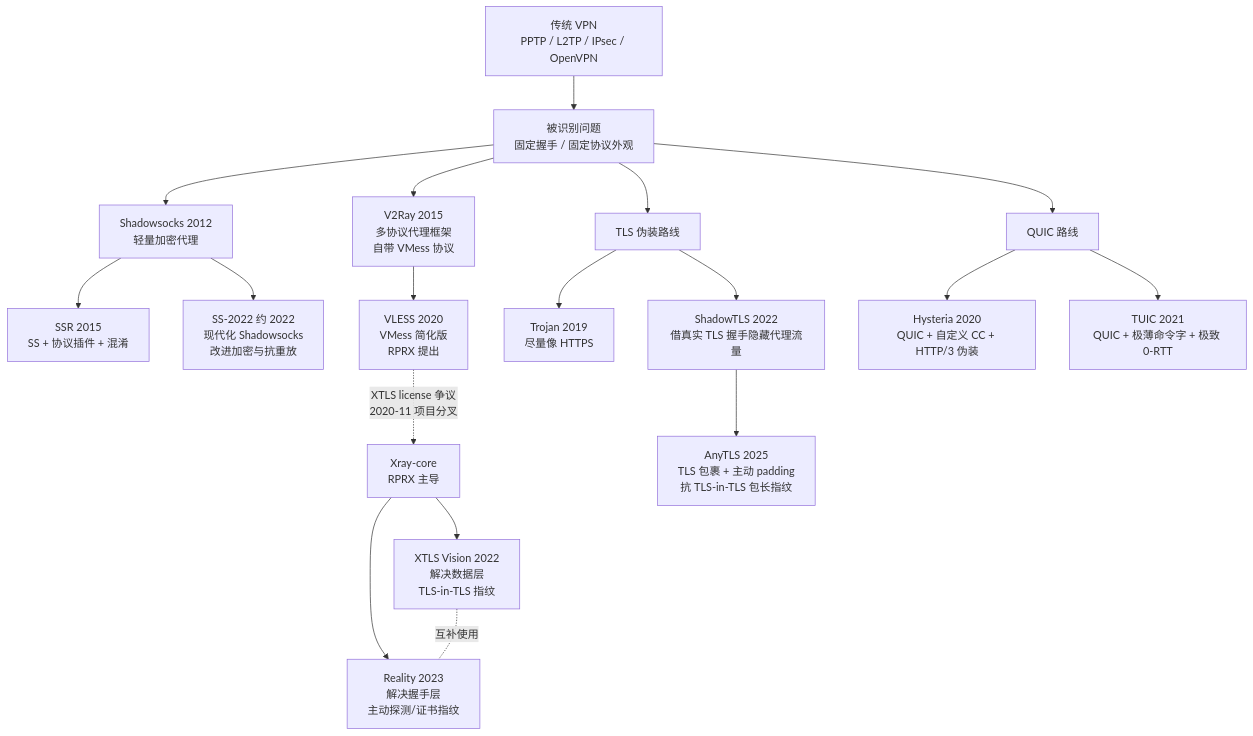
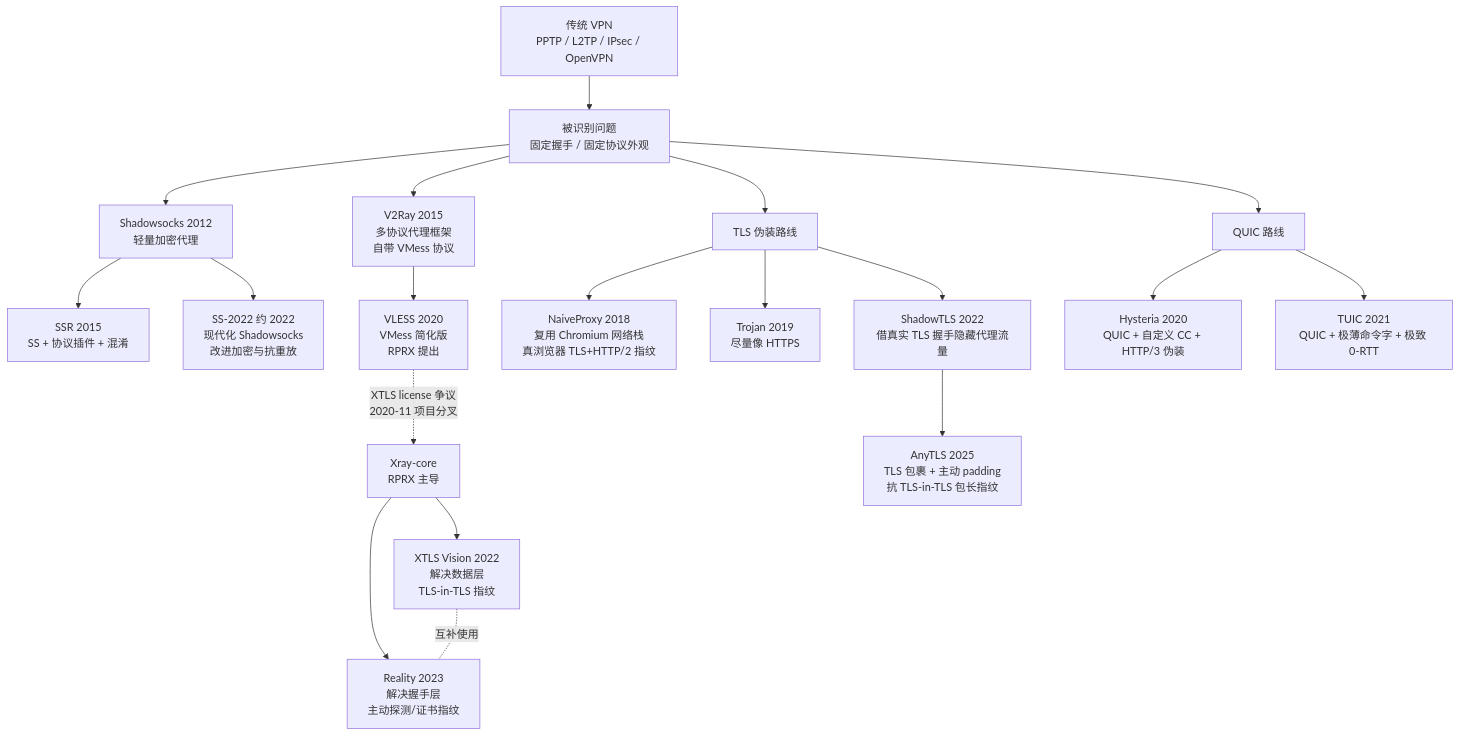
One commit to asukaonly/asukaonly.github.io changed the first of 13 diagrams in content/posts/other/代理协议全流程解析.md. Above: the diagram before and after it, drawn with Mermaid. The commit also changed other lines of this file, not shown here.

````diff
--- a/content/posts/other/代理协议全流程解析.md
+++ b/content/posts/other/代理协议全流程解析.md
@@ -64,26 +67,27 @@
 ```mermaid
 
 flowchart TD
     A[传统 VPN<br/>PPTP / L2TP / IPsec / OpenVPN] --> B[被识别问题<br/>固定握手 / 固定协议外观]
 
     B --> C[Shadowsocks 2012<br/>轻量加密代理]
     C --> D[SSR 2015<br/>SS + 协议插件 + 混淆]
     C --> E[SS-2022 约 2022<br/>现代化 Shadowsocks<br/>改进加密与抗重放]
 
     B --> J[V2Ray 2015<br/>多协议代理框架<br/>自带 VMess 协议]
     J --> VLESS[VLESS 2020<br/>VMess 简化版<br/>RPRX 提出]
     VLESS -.XTLS license 争议<br/>2020-11 项目分叉.-> Xray[Xray-core<br/>RPRX 主导]
     Xray --> Vision[XTLS Vision 2022<br/>解决数据层<br/>TLS-in-TLS 指纹]
     Xray --> Reality[Reality 2023<br/>解决握手层<br/>主动探测/证书指纹]
     Vision -. 互补使用 .- Reality
 
     B --> F[TLS 伪装路线]
+    F --> NV[NaiveProxy 2018<br/>复用 Chromium 网络栈<br/>真浏览器 TLS+HTTP/2 指纹]
     F --> G[Trojan 2019<br/>尽量像 HTTPS]
     F --> H[ShadowTLS 2022<br/>借真实 TLS 握手隐藏代理流量]
     H --> I[AnyTLS 2025<br/>TLS 包裹 + 主动 padding<br/>抗 TLS-in-TLS 包长指纹]
 
     B --> L[QUIC 路线]
     L --> M[Hysteria 2020<br/>QUIC + 自定义 CC + HTTP/3 伪装]
     L --> N[TUIC 2021<br/>QUIC + 极薄命令字 + 极致 0-RTT]
 
 ```
````
